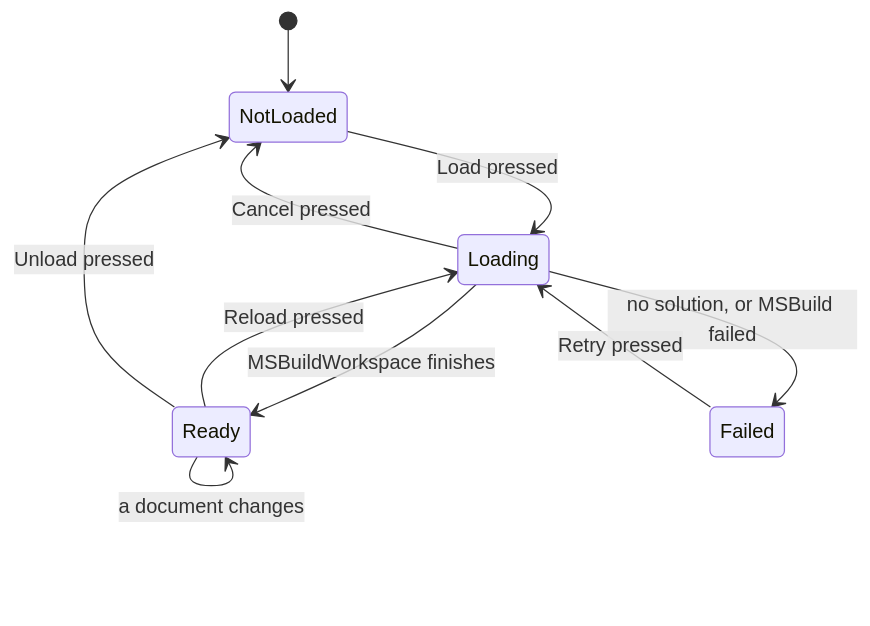
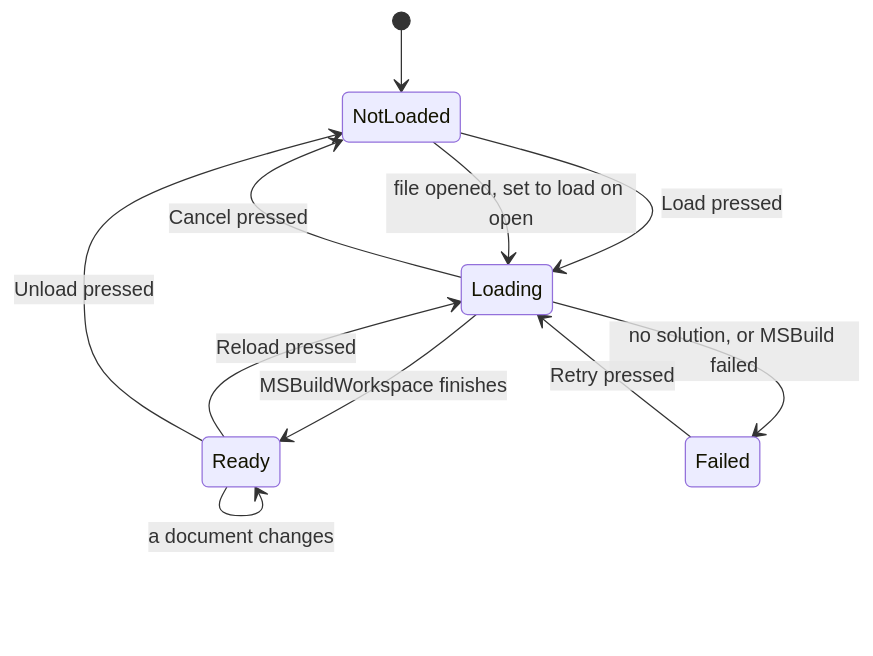
Before and after one commit to BradenTerry/Tog: the third of 3 diagrams in docs/code-intelligence.md, drawn with Mermaid. The commit also changed other lines of this file and 21 other files, not shown here.

First line of the commit message:
Let extensions add settings, and let C# load on open (API 1.8)

````diff
--- a/docs/code-intelligence.md
+++ b/docs/code-intelligence.md
@@ -89,12 +89,13 @@
 ```mermaid
 stateDiagram-v2
     [*] --> NotLoaded
     NotLoaded --> Loading: Load pressed
+    NotLoaded --> Loading: file opened, set to load on open
     Loading --> Ready: MSBuildWorkspace finishes
     Loading --> Failed: no solution, or MSBuild failed
     Loading --> NotLoaded: Cancel pressed
     Failed --> Loading: Retry pressed
     Ready --> Loading: Reload pressed
     Ready --> NotLoaded: Unload pressed
     Ready --> Ready: a document changes
 ```
````
